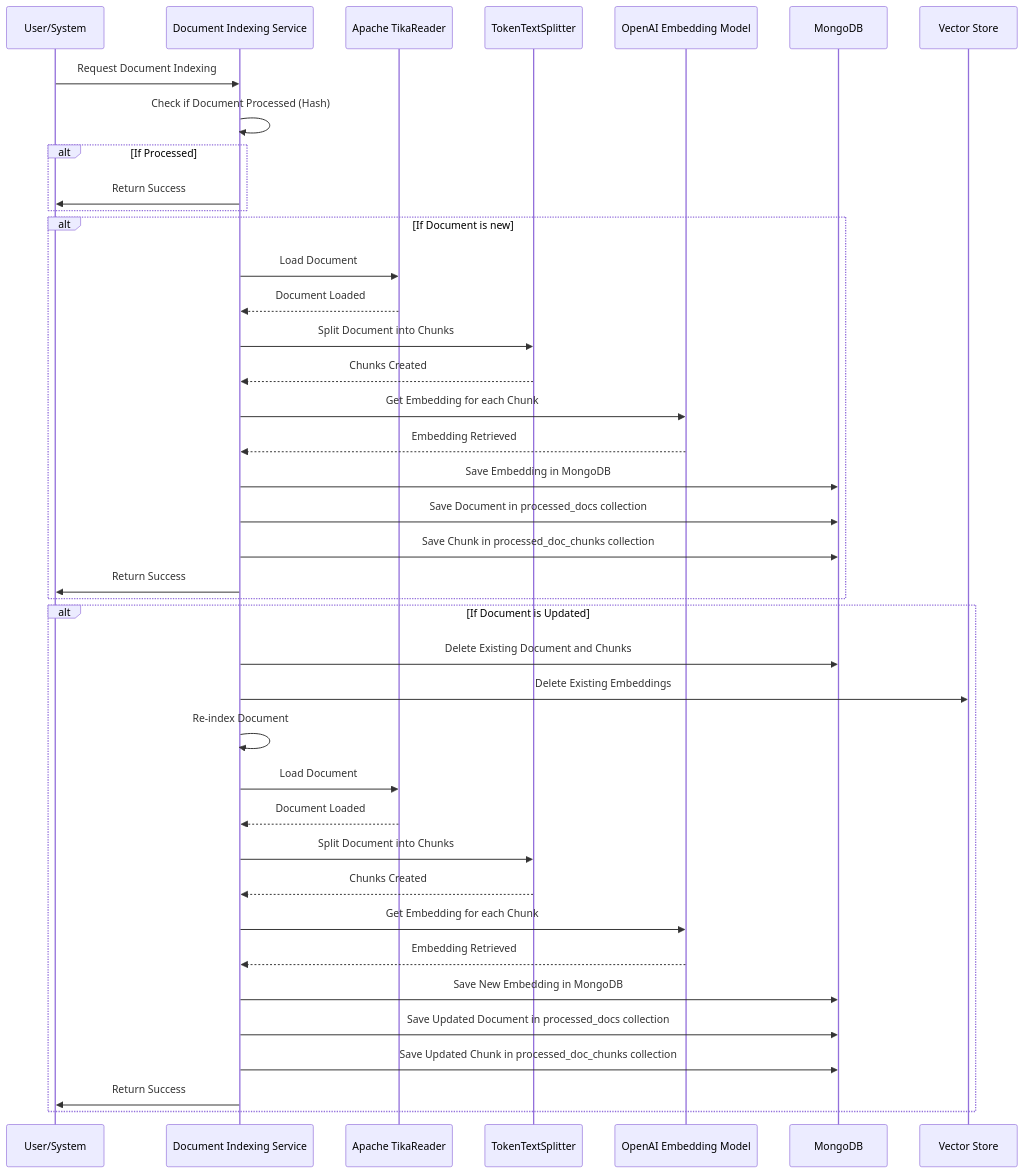
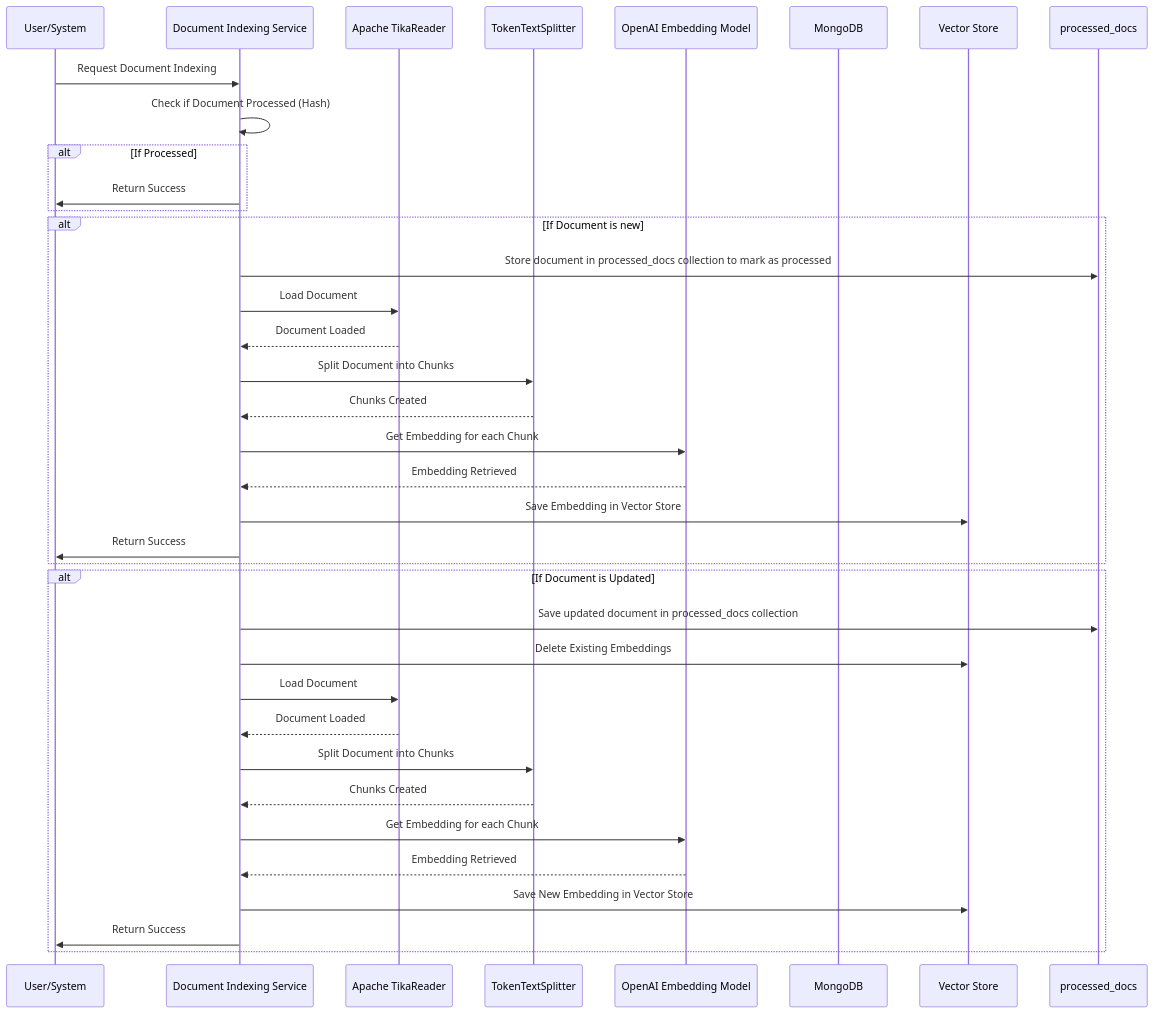
One commit to ashishkumar-07/spring-ai-rag-demo changed the diagram in indexing.mmd. Above: the diagram before and after it, drawn with Mermaid. The commit also changed 6 other files, not shown here.

Commit message:
updated flow to use only one table for keeping the track of already processed doc

```diff
--- a/indexing.mmd
+++ b/indexing.mmd
@@ -1,43 +1,40 @@
+
 sequenceDiagram
     participant User as User/System
     participant IndexService as Document Indexing Service
     participant TikaReader as Apache TikaReader
     participant TokenSplitter as TokenTextSplitter
     participant OpenAI as OpenAI Embedding Model
     participant MongoDB as MongoDB
     participant VectorStore as Vector Store
 
     User->>IndexService: Request Document Indexing
     IndexService->>IndexService: Check if Document Processed (Hash)
     alt If Processed
         IndexService->>User: Return Success
 
     end
     alt If Document is new
+        IndexService->>processed_docs: Store document in processed_docs collection to mark as processed
         IndexService->>TikaReader: Load Document
         TikaReader-->>IndexService: Document Loaded
         IndexService->>TokenSplitter: Split Document into Chunks
         TokenSplitter-->>IndexService: Chunks Created
         IndexService->>OpenAI: Get Embedding for each Chunk
         OpenAI-->>IndexService: Embedding Retrieved
-        IndexService->>MongoDB: Save Embedding in MongoDB
-        IndexService->>MongoDB: Save Document in processed_docs collection
-        IndexService->>MongoDB: Save Chunk in processed_doc_chunks collection
+        IndexService->>VectorStore: Save Embedding in Vector Store
         IndexService->>User: Return Success
     end
 
     alt If Document is Updated
-        IndexService->>MongoDB: Delete Existing Document and Chunks
+        IndexService->>processed_docs: Save updated document in processed_docs collection
         IndexService->>VectorStore: Delete Existing Embeddings
-        IndexService->>IndexService: Re-index Document
         IndexService->>TikaReader: Load Document
         TikaReader-->>IndexService: Document Loaded
         IndexService->>TokenSplitter: Split Document into Chunks
         TokenSplitter-->>IndexService: Chunks Created
         IndexService->>OpenAI: Get Embedding for each Chunk
         OpenAI-->>IndexService: Embedding Retrieved
-        IndexService->>MongoDB: Save New Embedding in MongoDB
-        IndexService->>MongoDB: Save Updated Document in processed_docs collection
-        IndexService->>MongoDB: Save Updated Chunk in processed_doc_chunks collection
+        IndexService->>VectorStore: Save New Embedding in Vector Store
         IndexService->>User: Return Success
     end
```
